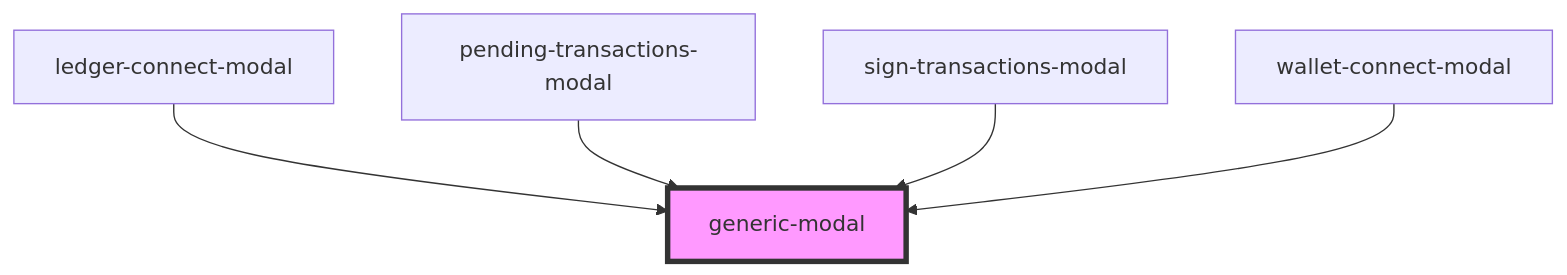
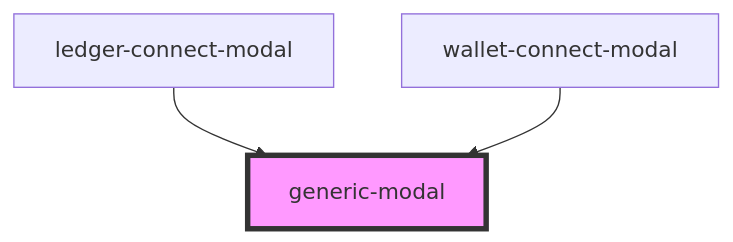
Before and after one commit to multiversx/mx-sdk-dapp-ui: the diagram in src/common/generic-modal/readme.md, drawn with Mermaid. The commit also changed other lines of this file and 29 other files, not shown here.

````diff
--- a/src/common/generic-modal/readme.md
+++ b/src/common/generic-modal/readme.md
@@ -34,8 +32,6 @@
 ```mermaid
 graph TD;
   ledger-connect-modal --> generic-modal
-  pending-transactions-modal --> generic-modal
-  sign-transactions-modal --> generic-modal
   wallet-connect-modal --> generic-modal
   style generic-modal fill:#f9f,stroke:#333,stroke-width:4px
 ```
````
